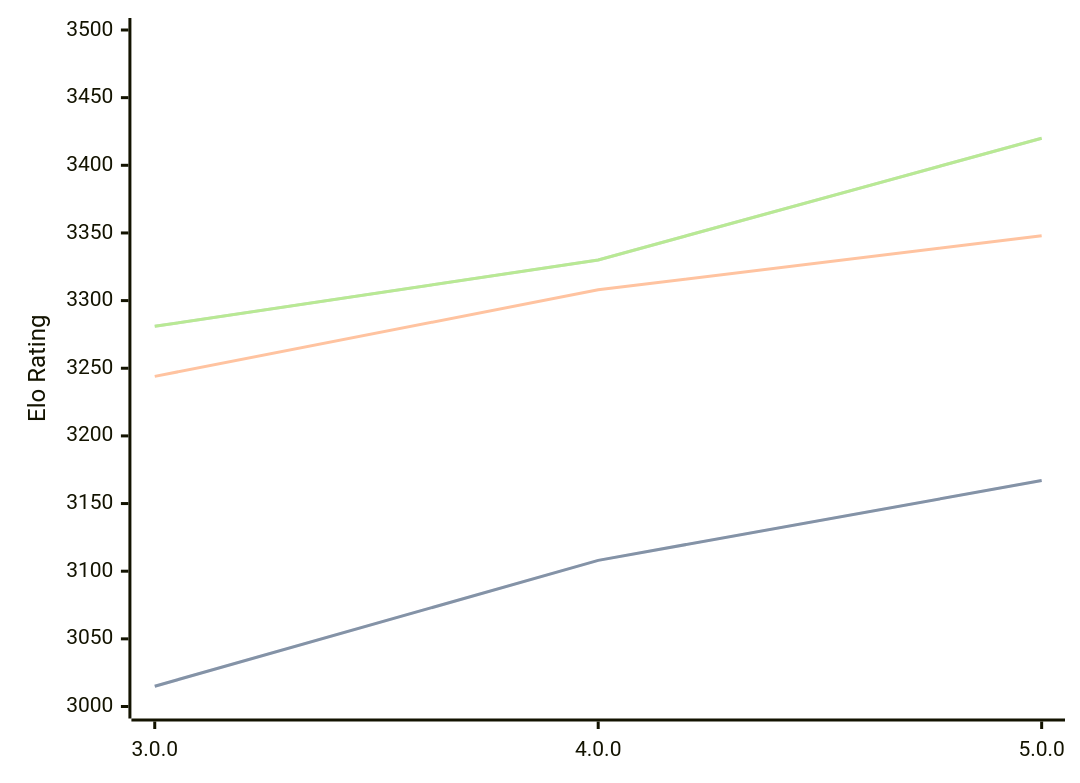
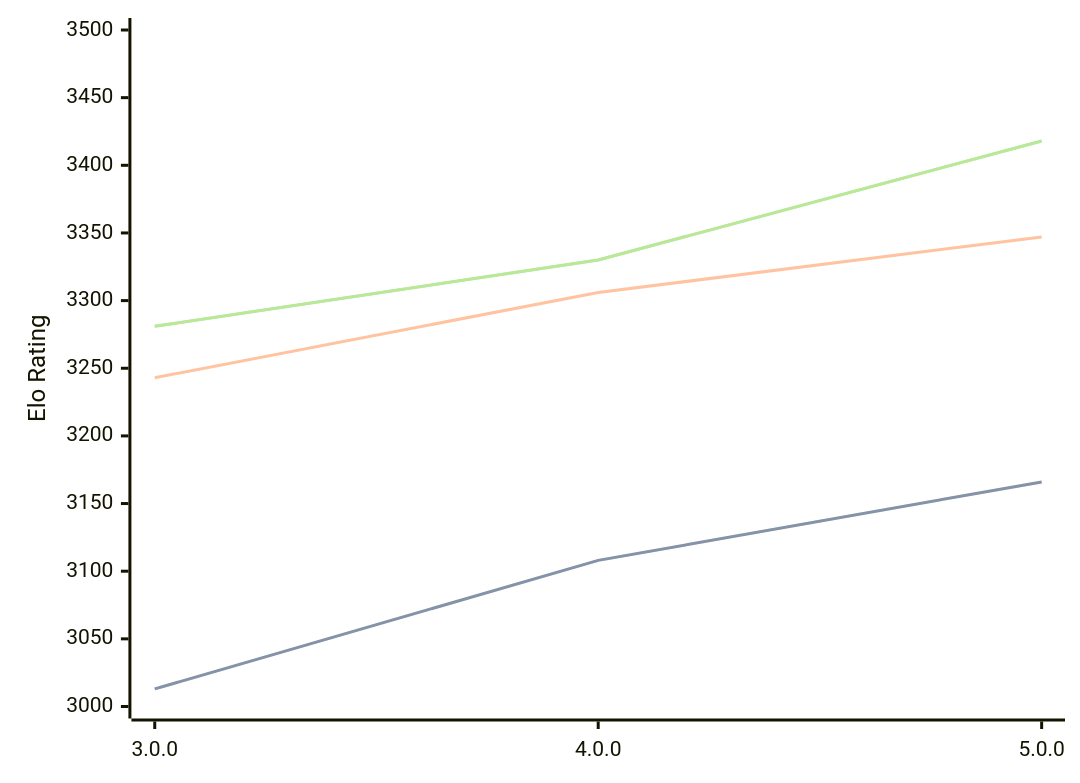
The diagram in engines/Minke.md (computer-chess-index/cci), drawn with Mermaid before and after one commit. The commit also changed other lines of this file, not shown here.

Commit message:
Update CCI Ratings (ELO VLTC) - 2026-04-17

````diff
--- a/engines/Minke.md
+++ b/engines/Minke.md
@@ -35,11 +35,11 @@
 ```mermaid
 %%{init: {"theme":"base","themeVariables":{"seriesColors:['#a3a3a3','#222221','#faa371']}}}%%
 xychart-beta
   x-axis ["3.0.0", "4.0.0", "5.0.0"]
   y-axis "Elo Rating" 3000 --> 3500
-  line "STC (8.0+0.08s)" [3015, 3108, 3167]
-  line "STC (8.0+0.08s)" [3015, 3108, 3167]
-  line "LTC (60.0+0.60s)" [3244, 3308, 3348]
-  line "VLTC (2m24s+1.12s)" [3281, 3330, 3420]
-  line "VLTC (2m24s+1.12s)" [3281, 3330, 3420]
+  line "STC (8.0+0.08s)" [3013, 3108, 3166]
+  line "STC (8.0+0.08s)" [3013, 3108, 3166]
+  line "LTC (60.0+0.60s)" [3243, 3306, 3347]
+  line "VLTC (2m24s+1.12s)" [3281, 3330, 3418]
+  line "VLTC (2m24s+1.12s)" [3281, 3330, 3418]
 ```
````
